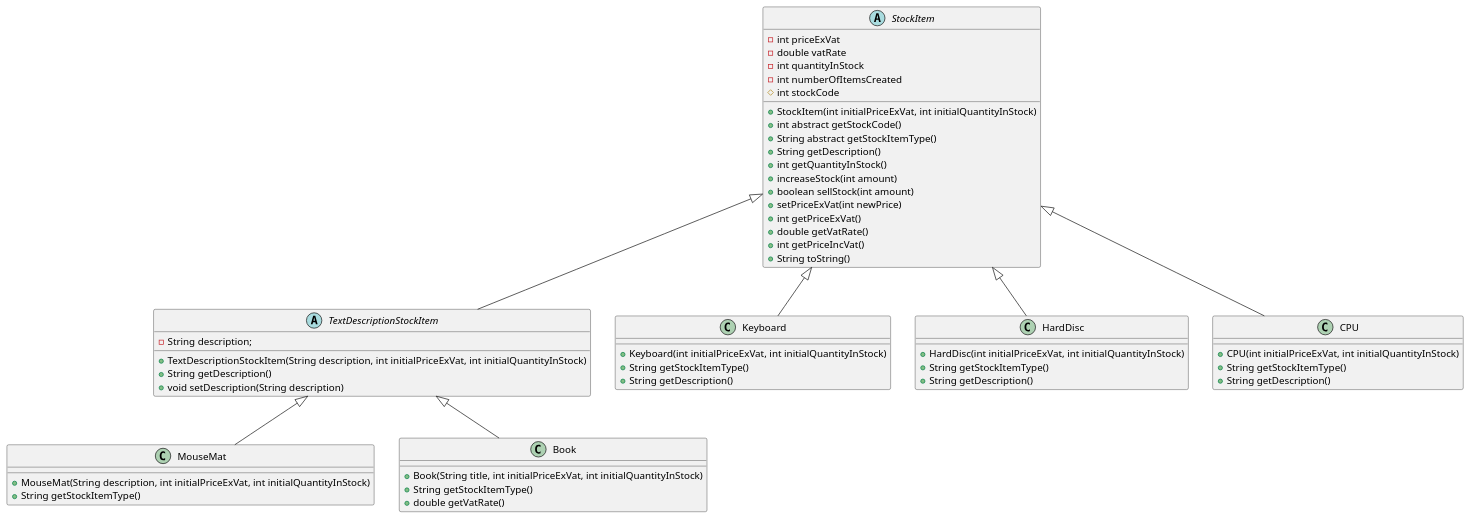
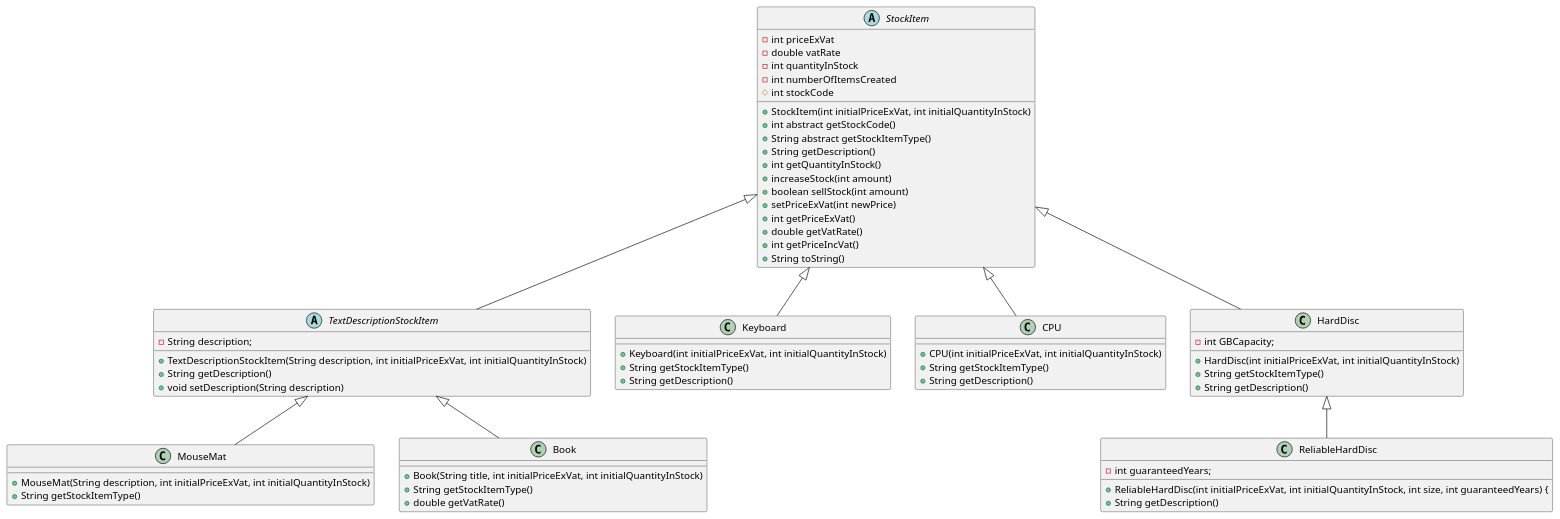
The diagram in StockItem.puml (AdrChm/JJIT), drawn with PlantUML before and after one commit.

Commit message:
16.8.5 StockItem UML - ReliableHardDisc class

```diff
--- a/StockItem.puml
+++ b/StockItem.puml
@@ -1,60 +1,70 @@
 @startuml
 abstract class StockItem {
     - int priceExVat
     - double vatRate
     - int quantityInStock
     - int numberOfItemsCreated
     # int stockCode
     + StockItem(int initialPriceExVat, int initialQuantityInStock)
     + int abstract getStockCode()
     + String abstract getStockItemType()
     + String getDescription()
     + int getQuantityInStock()
     + increaseStock(int amount)
     + boolean sellStock(int amount)
     + setPriceExVat(int newPrice)
     + int getPriceExVat()
     + double getVatRate()
     + int getPriceIncVat()
     + String toString()
 }
 
 abstract class TextDescriptionStockItem extends StockItem
 {
     - String description;
     + TextDescriptionStockItem(String description, int initialPriceExVat, int initialQuantityInStock)
     + String getDescription()
     + void setDescription(String description)
 }
 
 class MouseMat extends TextDescriptionStockItem
 {
     + MouseMat(String description, int initialPriceExVat, int initialQuantityInStock)
     + String getStockItemType()
 }
 
 class Book extends TextDescriptionStockItem
 {
     + Book(String title, int initialPriceExVat, int initialQuantityInStock)
     + String getStockItemType()
     + double getVatRate()
 }
+
 class Keyboard extends StockItem
 {
       + Keyboard(int initialPriceExVat, int initialQuantityInStock)
       + String getStockItemType()
       + String getDescription()
 }
-class HardDisc extends StockItem
-{
-    + HardDisc(int initialPriceExVat, int initialQuantityInStock)
-    + String getStockItemType()
-    + String getDescription()
-}
+
 class CPU extends StockItem
 {
     + CPU(int initialPriceExVat, int initialQuantityInStock)
     + String getStockItemType()
     + String getDescription()
 }
+
+class HardDisc extends StockItem
+{
+    - int GBCapacity;
+    + HardDisc(int initialPriceExVat, int initialQuantityInStock)
+    + String getStockItemType()
+    + String getDescription()
+}
+class ReliableHardDisc extends HardDisc
+{
+    - int guaranteedYears;
+    + ReliableHardDisc(int initialPriceExVat, int initialQuantityInStock, int size, int guaranteedYears) {
+    + String getDescription()
+}
 @enduml
```
